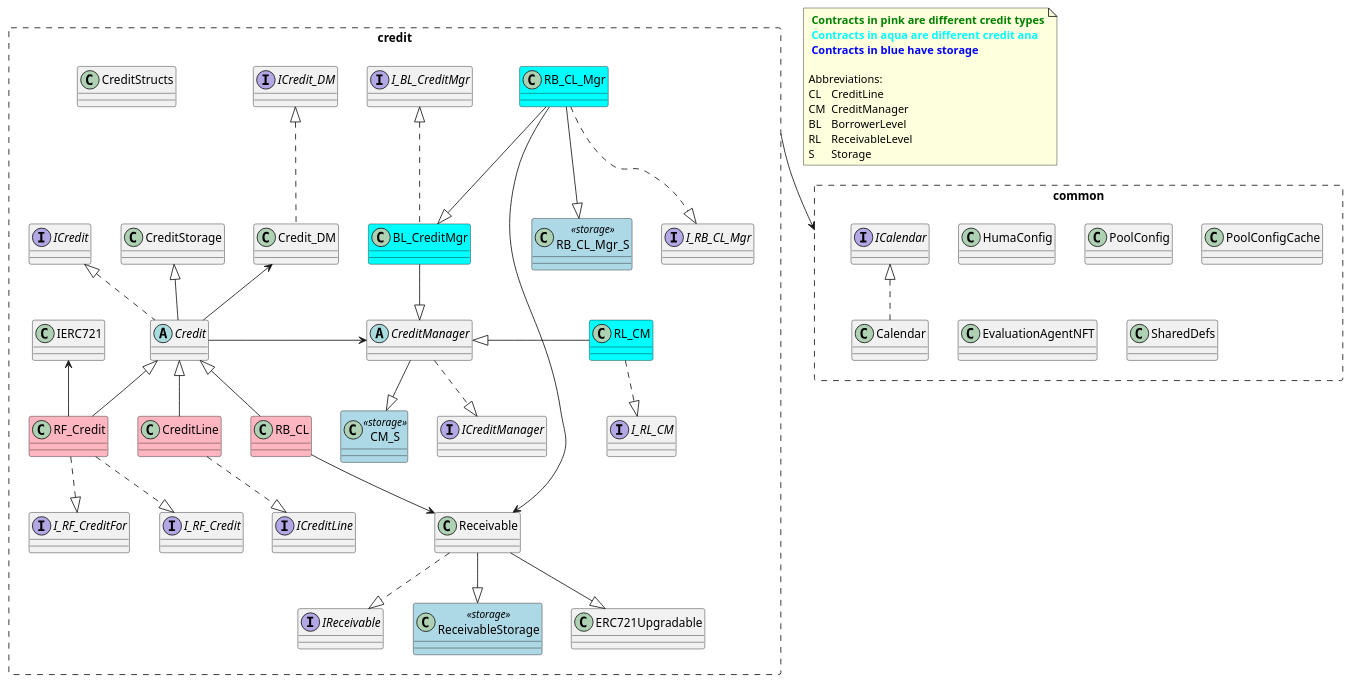
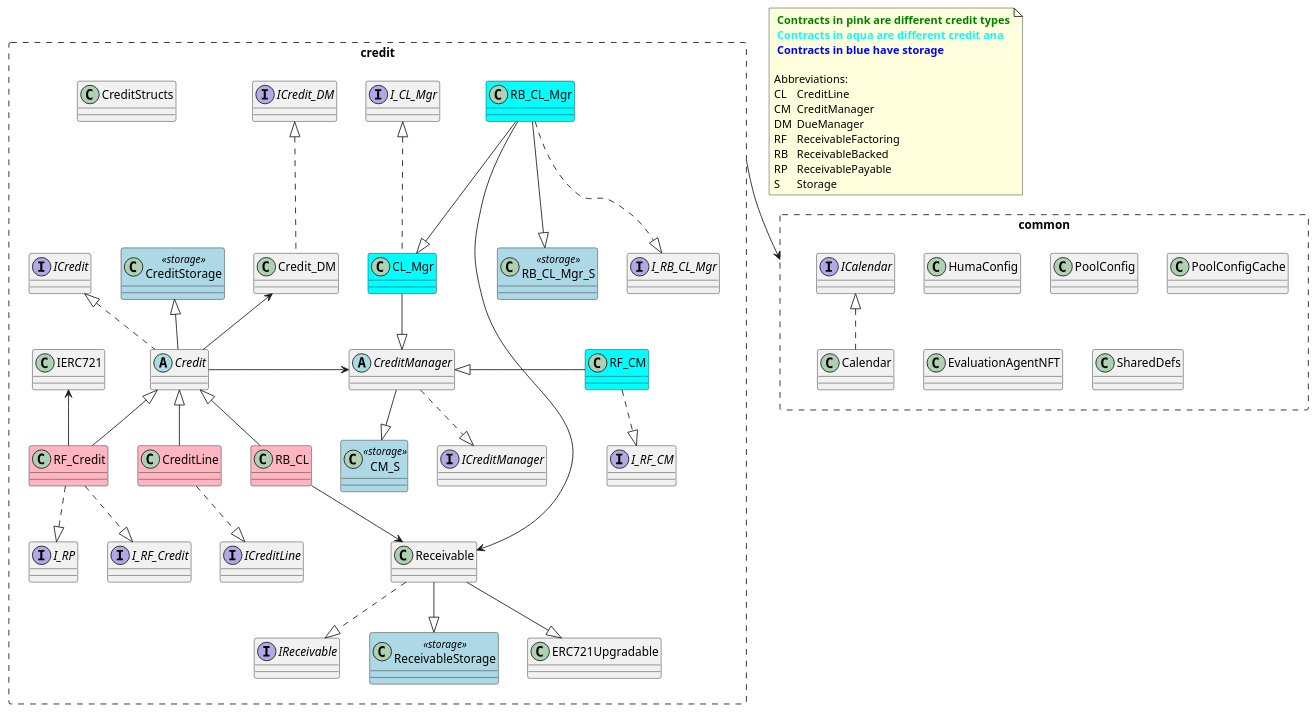
Before and after one commit to 00labs/huma-contracts-v2: the diagram in docs/umls/creditClassDiagram.puml, drawn with PlantUML.

Commit message:
Udpdate Credit class diagram using the new names. (#358)
* Udpdate Credit class diagram using the new names.

* add RB to the notes

```diff
--- a/docs/umls/creditClassDiagram.puml
+++ b/docs/umls/creditClassDiagram.puml
@@ -1,104 +1,105 @@
 @startuml
 allowmixing
 
 rectangle "common" #line.dashed {
   interface ICalendar
   class Calendar
   class HumaConfig
   class PoolConfig
   class PoolConfigCache
   class EvaluationAgentNFT
   class SharedDefs
   ICalendar <|.. Calendar
 }
 
 
 package credit <<Rectangle>> #line.dashed {
-  interface I_BL_CreditMgr
+  interface I_CL_Mgr
   interface ICredit
   interface ICredit_DM
   interface ICreditLine
   interface ICreditManager
   interface IReceivable
   interface I_RB_CL_Mgr
   interface I_RF_Credit
-  interface I_RF_CreditFor
-  interface I_RL_CM
+  interface I_RP
+  interface I_RF_CM
 
-  class BL_CreditMgr #back:aqua
+  class CL_Mgr #back:aqua
   abstract class Credit
   class Credit_DM
   class CreditLine #back:lightpink
   abstract class CreditManager
   class CM_S <<storage>> #back:lightblue
-  class CreditStorage
+  class CreditStorage <<storage>> #back:lightblue
   class CreditStructs
   class Receivable
   class RB_CL #back:lightpink
   class RB_CL_Mgr #back:aqua
   class RB_CL_Mgr_S <<storage>> #back:lightblue
   class RF_Credit #back:lightpink
-  class RL_CM #back:aqua
+  class RF_CM #back:aqua
   class ReceivableStorage <<storage>> #back:lightblue
 
 
-BL_CreditMgr .up.|> I_BL_CreditMgr
-BL_CreditMgr --|> CreditManager
+CL_Mgr .up.|> I_CL_Mgr
+CL_Mgr --|> CreditManager
 
 Credit .up.|> ICredit
 Credit -up-|> CreditStorage
 
 Credit_DM .up.|> ICredit_DM
 
 CreditLine ..|> ICreditLine
 CreditLine -up-|> Credit
 
 CreditManager ..|> ICreditManager 
 CreditManager --|> CM_S
 
 
 Receivable ..|> IReceivable
 Receivable --|> ReceivableStorage
 Receivable --|> ERC721Upgradable
   
 RB_CL -up-|> Credit
 
 RB_CL_Mgr ..|> I_RB_CL_Mgr
-RB_CL_Mgr --|> BL_CreditMgr
+RB_CL_Mgr --|> CL_Mgr
 RB_CL_Mgr --|> RB_CL_Mgr_S
 
 RF_Credit ..|> I_RF_Credit
-RF_Credit ..|> I_RF_CreditFor
+RF_Credit ..|> I_RP
 RF_Credit -up-|> Credit
 RF_Credit -up-> IERC721
 
-RL_CM -right-|> CreditManager
+RF_CM -right-|> CreditManager
 
-RL_CM ..|>I_RL_CM
+RF_CM ..|>I_RF_CM
 
 Receivable <-up- RB_CL
 Receivable <-up- RB_CL_Mgr
 
 Credit -right-> CreditManager
 Credit -up-> Credit_DM
 
 }
 
 
 
 note as NoteCredit
   <b><font color="green"> Contracts in pink are different credit types</b>
   <b><font color="aqua"> Contracts in aqua are different credit ana</b>
   <b><font color="blue"> Contracts in blue have storage</b>
 
   Abbreviations:
   CL\tCreditLine
   CM\tCreditManager 
-  BL\tBorrowerLevel
-  RL\tReceivableLevel
+  DM\tDueManager
+  RF\tReceivableFactoring
+  RB\tReceivableBacked
+  RP\tReceivablePayable
   S\tStorage
 end note
 
 credit --> common
-
 @enduml
```
